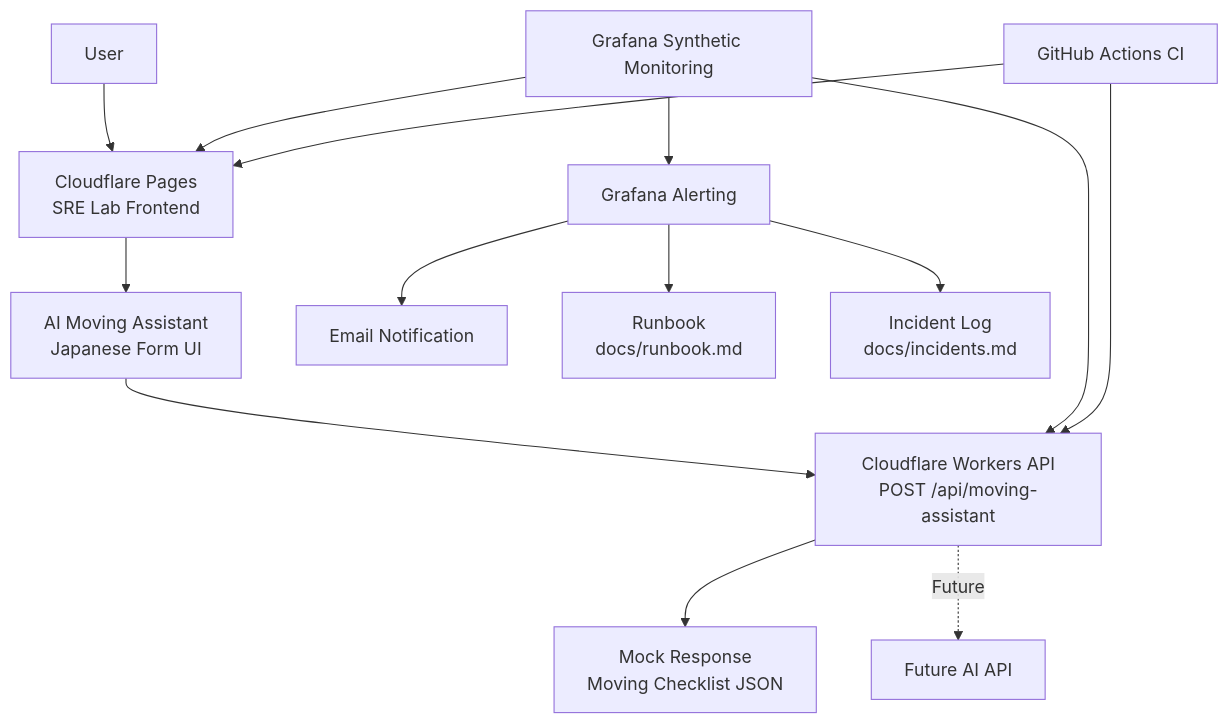
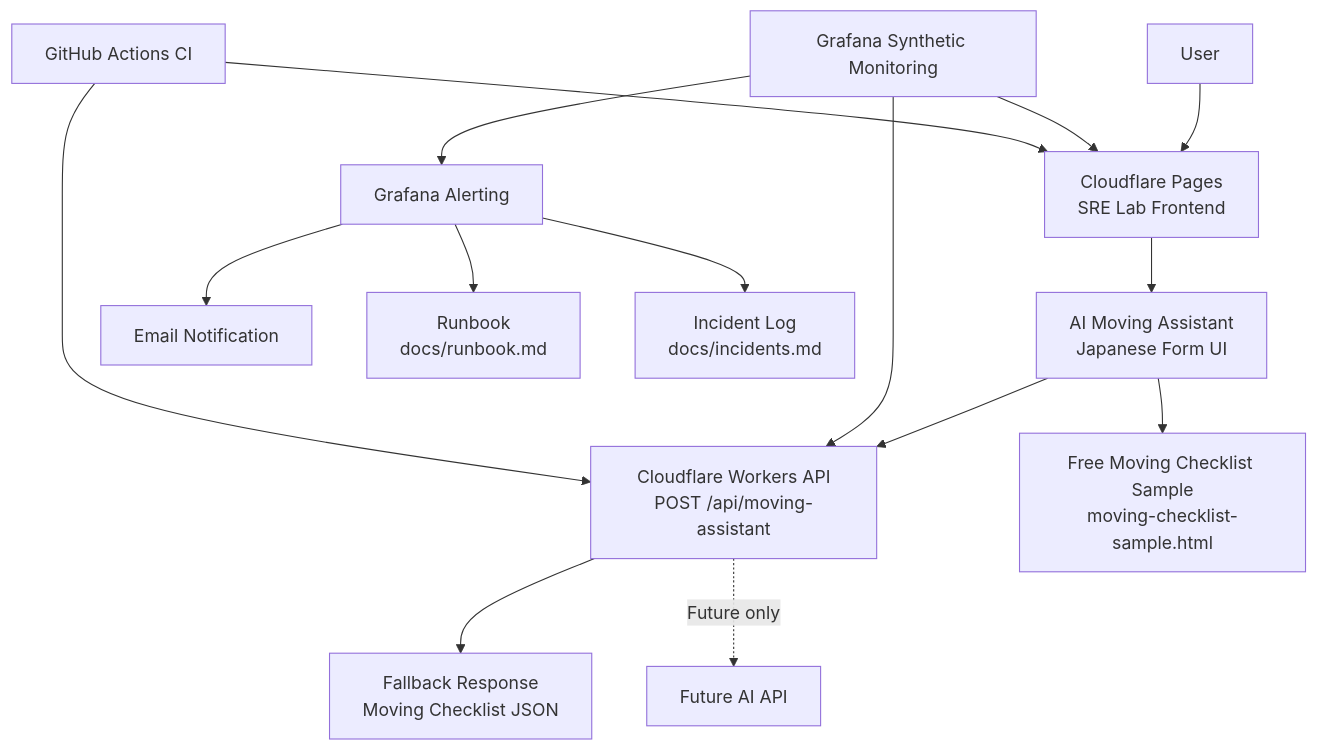
One commit to YDTNK/sre-lab changed the first of 2 diagrams in docs/architecture.md. Above: the diagram before and after it, drawn with Mermaid. The commit also changed other lines of this file, not shown here.

Commit message:
Update architecture after Phase 16 checkpoint

````diff
--- a/docs/architecture.md
+++ b/docs/architecture.md
@@ -13,19 +23,20 @@
 ```mermaid
 flowchart TD
     U[User] --> P[Cloudflare Pages<br/>SRE Lab Frontend]
     P --> F[AI Moving Assistant<br/>Japanese Form UI]
     F --> W[Cloudflare Workers API<br/>POST /api/moving-assistant]
-    W --> M[Mock Response<br/>Moving Checklist JSON]
-    W -. Future .-> AI[Future AI API]
+    W --> M[Fallback Response<br/>Moving Checklist JSON]
+    F --> S[Free Moving Checklist Sample<br/>moving-checklist-sample.html]
+    W -. Future only .-> AI[Future AI API]
 
     G[Grafana Synthetic Monitoring] --> P
     G --> W
 
     G --> A[Grafana Alerting]
     A --> E[Email Notification]
     A --> R[Runbook<br/>docs/runbook.md]
     A --> I[Incident Log<br/>docs/incidents.md]
 
     CI[GitHub Actions CI] --> P
     CI --> W
 ```
````
